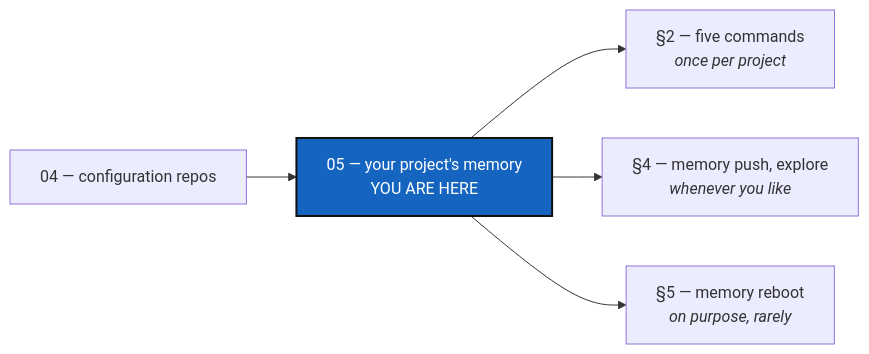
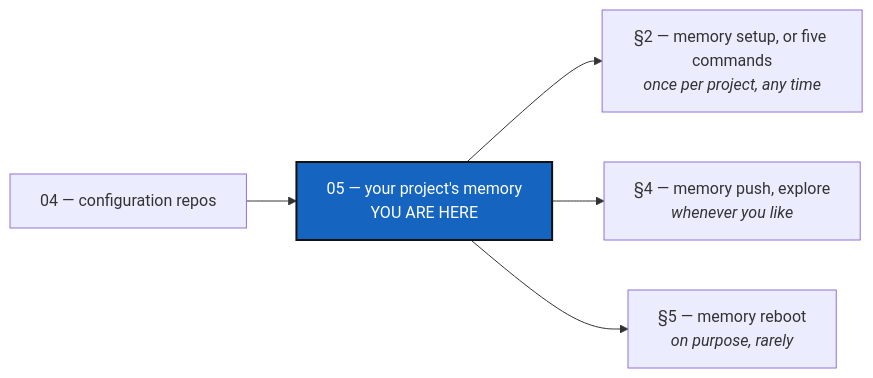
Before and after one commit to flipoyo/ComplexGitSync: the diagram in tutorials/05_memory.md, drawn with Mermaid. The commit also changed other lines of this file and 2 other files, not shown here.

````diff
--- a/tutorials/05_memory.md
+++ b/tutorials/05_memory.md
@@ -32,10 +34,10 @@
 ```mermaid
 graph LR
     T4["04 — configuration repos"] --> T5["05 — your project's memory<br/>YOU ARE HERE"]
-    T5 --> ONCE["§2 — five commands<br/><i>once per project</i>"]
+    T5 --> ONCE["§2 — memory setup, or five commands<br/><i>once per project, any time</i>"]
     T5 --> DAILY["§4 — memory push, explore<br/><i>whenever you like</i>"]
     T5 --> REBOOT["§5 — memory reboot<br/><i>on purpose, rarely</i>"]
 
     classDef here fill:#1565C0,color:#fff,stroke:#111,stroke-width:2px;
     class T5 here;
 ```
````
